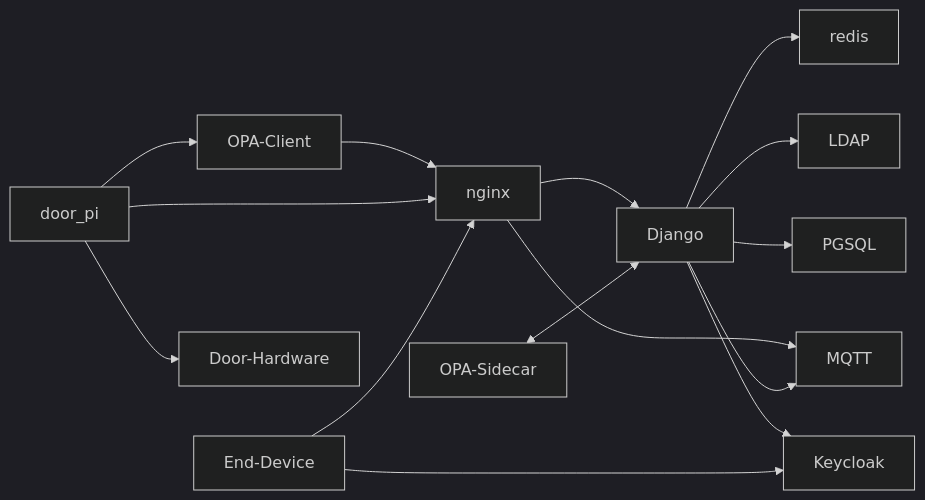
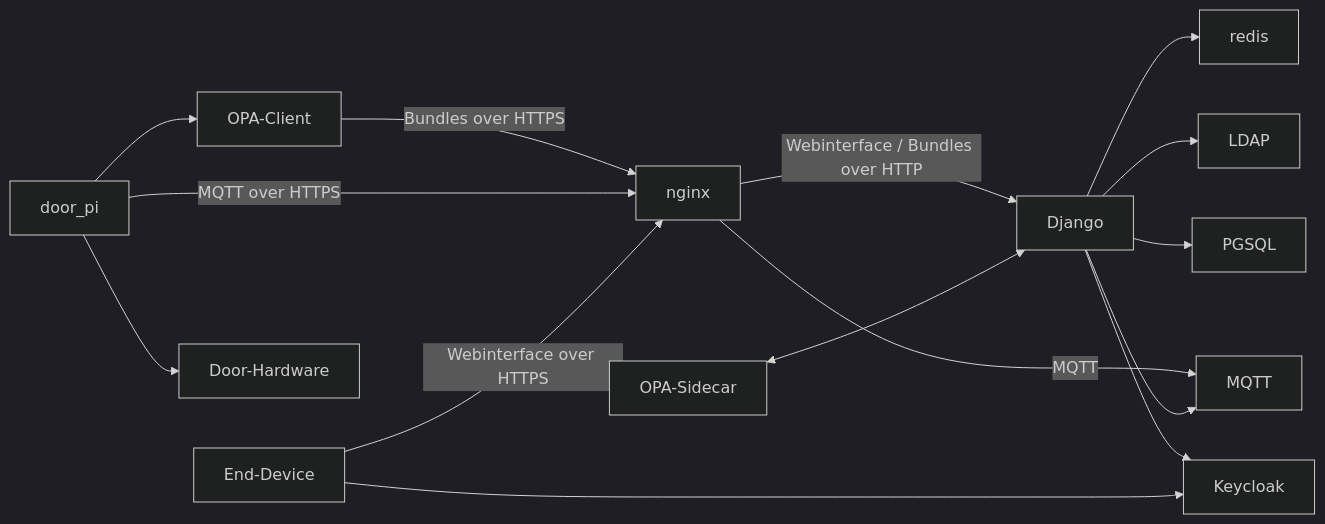
The first of 2 diagrams in README.md (phi1010/django_application_framework), drawn with Mermaid (dark theme) before and after one commit.

````diff
--- a/README.md
+++ b/README.md
@@ -51,18 +51,18 @@
 ```mermaid
 flowchart LR
 
-nginx --> Django
-nginx --> MQTT
+nginx -->|Webinterface / Bundles over HTTP| Django
+nginx -->|MQTT| MQTT
 OPA-Sidecar <--> Django
-OPA-Client --> nginx
-door_pi --> nginx
+OPA-Client -->|Bundles over HTTPS| nginx
+door_pi -->|MQTT over HTTPS| nginx
 Django --> redis
 Django --> LDAP
 Django --> PGSQL
 Django --> MQTT
 Django --> Keycloak
-End-Device --> nginx
+End-Device -->|Webinterface over HTTPS| nginx
 End-Device --> Keycloak
 door_pi --> Door-Hardware
 door_pi --> OPA-Client
 ```
````
